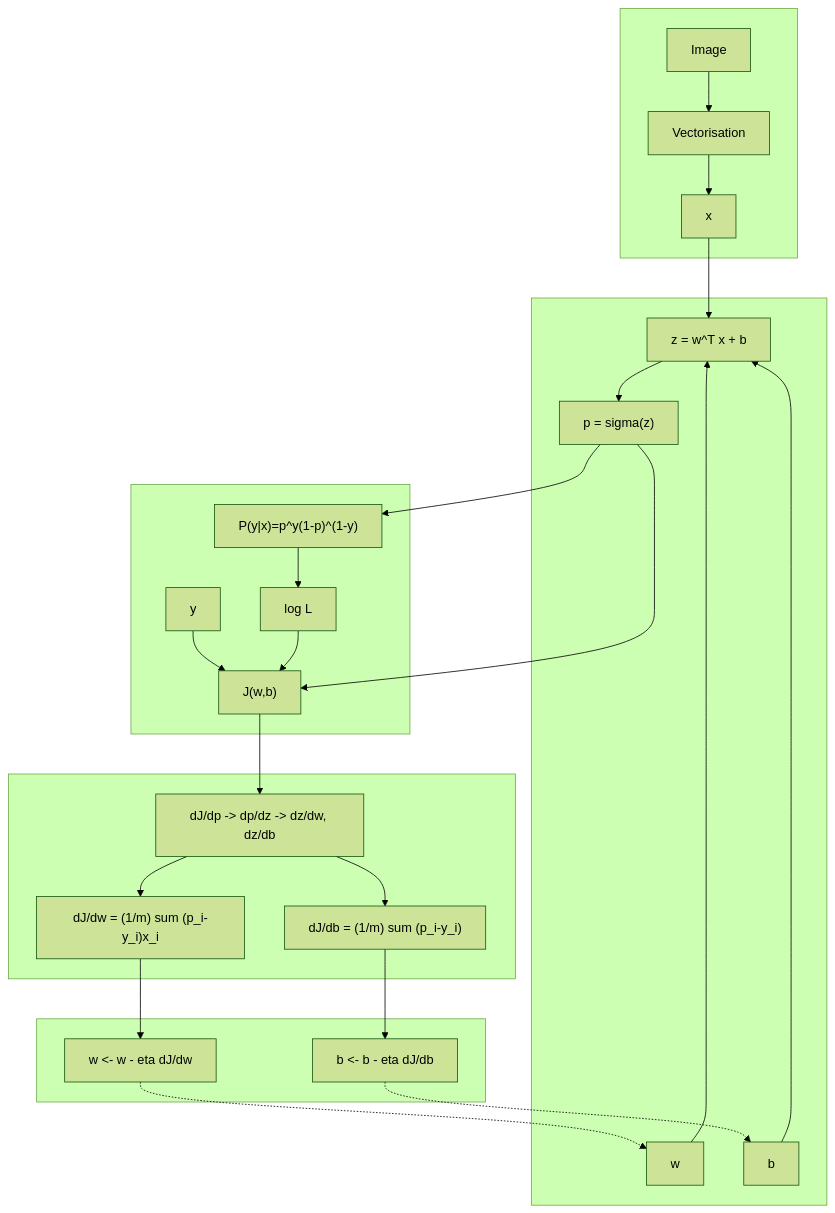
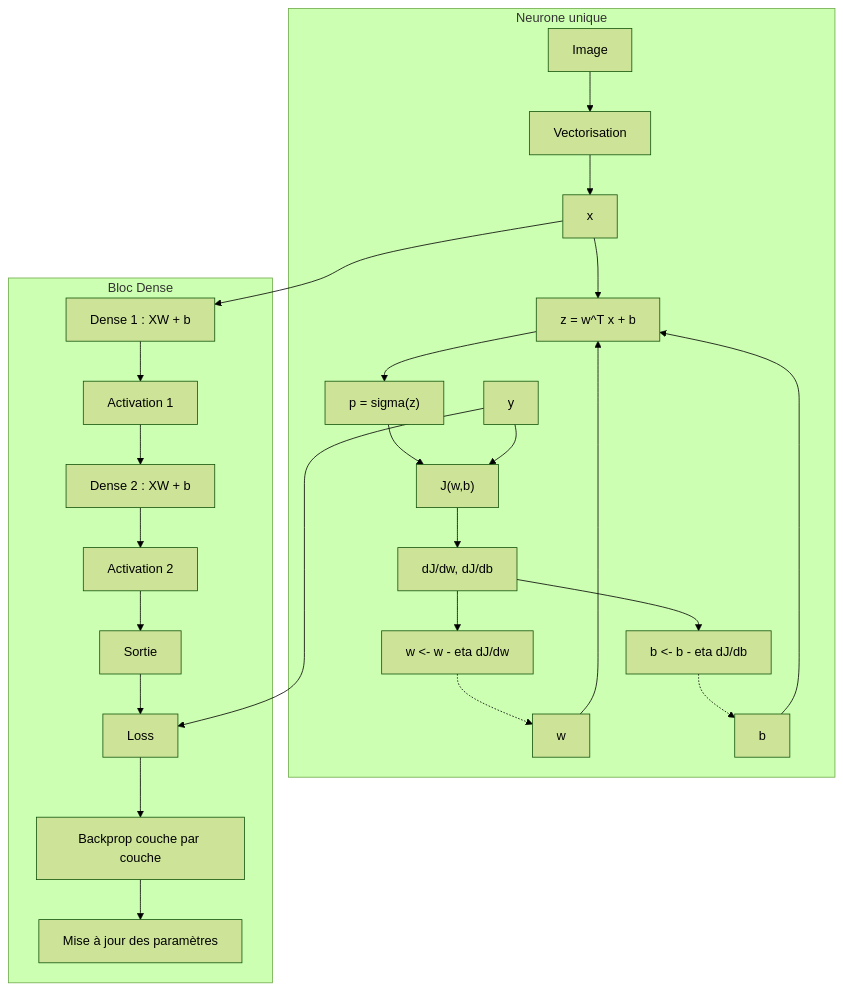
Before and after one commit to Appolinairee/scratch-deep-learning-vision: the diagram in schema-reseau-neurones.md, drawn with Mermaid (forest theme). The commit also changed other lines of this file and 3 other files, not shown here.

Commit message:
Refactor neural network diagram and add dense layer implementation

````diff
--- a/schema-reseau-neurones.md
+++ b/schema-reseau-neurones.md
@@ -1,36 +1,29 @@
 ```mermaid
 flowchart TD
-  subgraph D[" "]
-    I["Image"] --> V["Vectorisation"]
-    V --> X["x"]
-  end
-
-  subgraph M[" "]
+  subgraph S["Neurone unique"]
+    I["Image"] --> V["Vectorisation"] --> X["x"]
     W["w"] --> Z["z = w^T x + b"]
     B["b"] --> Z
     X --> Z
     Z --> P["p = sigma(z)"]
+    P --> L["J(w,b)"]
+    Y["y"] --> L
+    L --> G["dJ/dw, dJ/db"]
+    G --> U1["w <- w - eta dJ/dw"]
+    G --> U2["b <- b - eta dJ/db"]
+    U1 -.-> W
+    U2 -.-> B
   end
 
-  subgraph C0[" "]
-    P --> BERN["P(y|x)=p^y(1-p)^(1-y)"]
-    Y["y"] --> L["J(w,b)"]
-    P --> L
-    BERN --> LL["log L"]
-    LL --> L
+  subgraph D["Bloc Dense"]
+    X --> D1["Dense 1 : XW + b"]
+    D1 --> A1["Activation 1"]
+    A1 --> D2["Dense 2 : XW + b"]
+    D2 --> A2["Activation 2"]
+    A2 --> OUT["Sortie"]
+    OUT --> LOSS["Loss"]
+    Y --> LOSS
+    LOSS --> BP["Backprop couche par couche"]
+    BP --> UP["Mise à jour des paramètres"]
   end
-
-  subgraph G[" "]
-    L --> C["dJ/dp -> dp/dz -> dz/dw, dz/db"]
-    C --> GW["dJ/dw = (1/m) sum (p_i-y_i)x_i"]
-    C --> GB["dJ/db = (1/m) sum (p_i-y_i)"]
-  end
-
-  subgraph U0[" "]
-    GW --> U["w <- w - eta dJ/dw"]
-    GB --> UB["b <- b - eta dJ/db"]
-  end
-
-  U -.-> W
-  UB -.-> B
 ```
````
